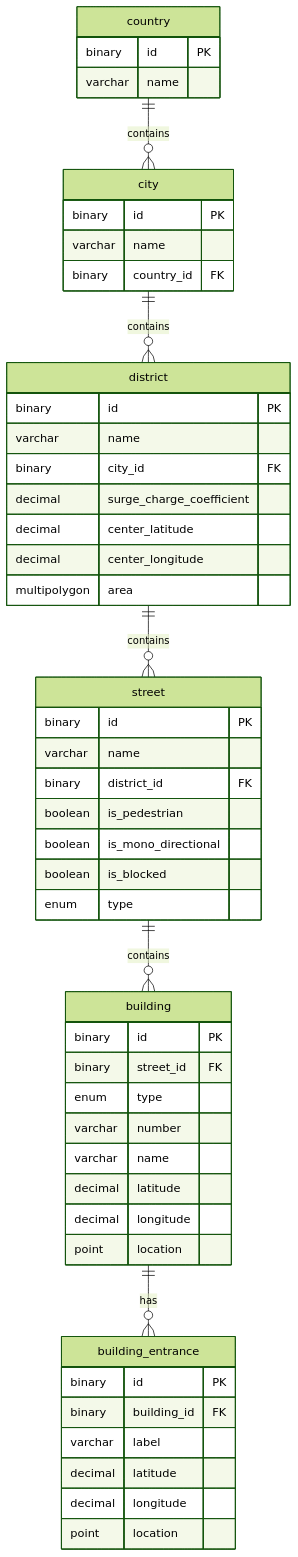
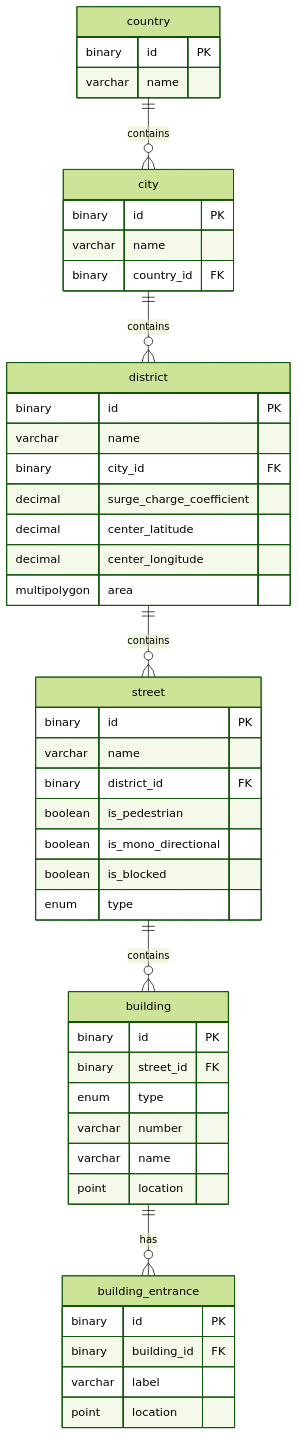
One commit to FatCaf/uber-sql changed the diagram in schema.md. Above: the diagram before and after it, drawn with Mermaid (forest theme). The commit also changed other lines of this file and 6 other files, not shown here.

````diff
--- a/schema.md
+++ b/schema.md
@@ -20,59 +20,55 @@
 ```mermaid
 erDiagram
     country ||--o{ city : "contains"
     city ||--o{ district : "contains"
     district ||--o{ street : "contains"
     street ||--o{ building : "contains"
     building ||--o{ building_entrance : "has"
 
     country {
         binary id PK
         varchar name
     }
 
     city {
         binary id PK
         varchar name
         binary country_id FK
     }
 
     district {
         binary id PK
         varchar name
         binary city_id FK
         decimal surge_charge_coefficient
         decimal center_latitude
         decimal center_longitude
         multipolygon area
     }
 
     street {
         binary id PK
         varchar name
         binary district_id FK
         boolean is_pedestrian
         boolean is_mono_directional
         boolean is_blocked
         enum type
     }
 
     building {
         binary id PK
         binary street_id FK
         enum type
         varchar number
         varchar name
-        decimal latitude
-        decimal longitude
         point location
     }
 
     building_entrance {
         binary id PK
         binary building_id FK
         varchar label
-        decimal latitude
-        decimal longitude
         point location
     }
 ```
````
